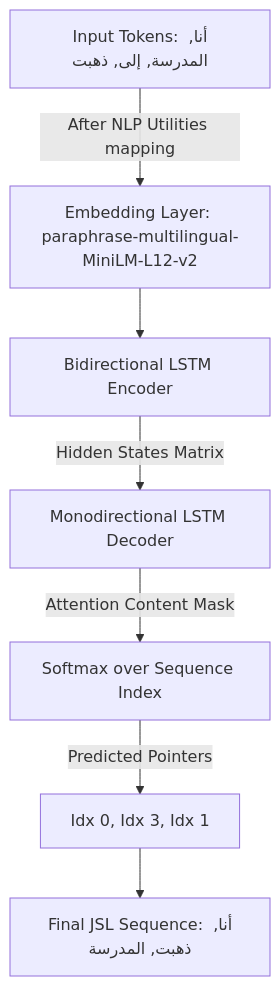
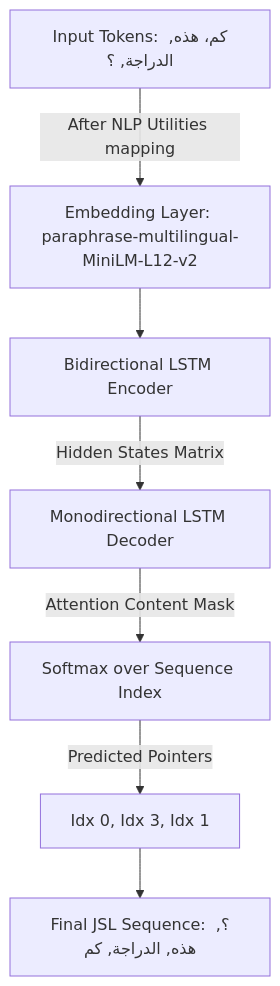
One commit to emannjoum/arabic-to-sign-language-system changed the first of 2 diagrams in README.md. Above: the diagram before and after it, drawn with Mermaid. The commit also changed other lines of this file, not shown here.

````diff
--- a/README.md
+++ b/README.md
@@ -64,9 +64,9 @@
 ```mermaid
 graph TD
-    In[Input Tokens: أنا, المدرسة, إلى, ذهبت] -->|After NLP Utilities mapping| Embed[Embedding Layer: paraphrase-multilingual-MiniLM-L12-v2]
+    In[Input Tokens: كم، هذه, الدراجة, ؟] -->|After NLP Utilities mapping| Embed[Embedding Layer: paraphrase-multilingual-MiniLM-L12-v2]
     Embed --> Enc[Bidirectional LSTM Encoder]
     Enc -->|Hidden States Matrix| Dec[Monodirectional LSTM Decoder]
     Dec -->|Attention Content Mask| Soft[Softmax over Sequence Index]
     Soft -->|Predicted Pointers| Pointers[Idx 0, Idx 3, Idx 1]
-    Pointers --> Out[Final JSL Sequence: أنا, ذهبت, المدرسة]
+    Pointers --> Out[Final JSL Sequence: ؟, هذه, الدراجة, كم]
 ```
````
